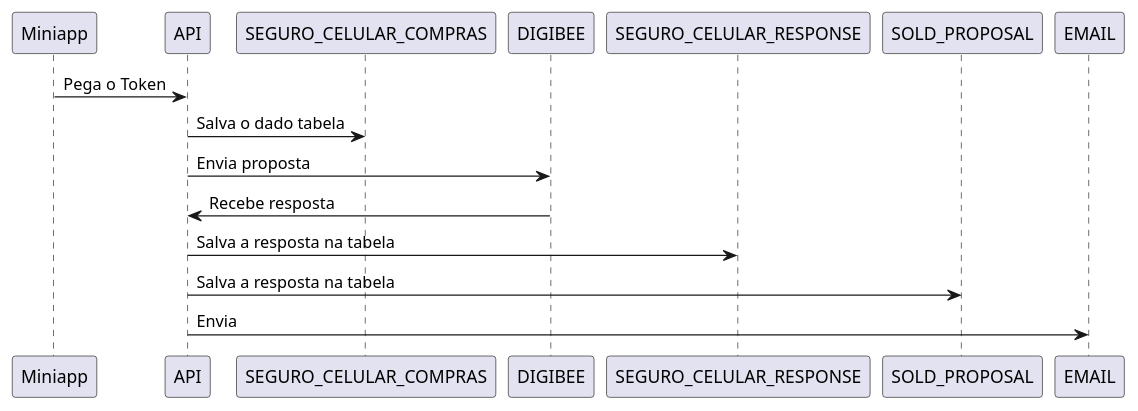
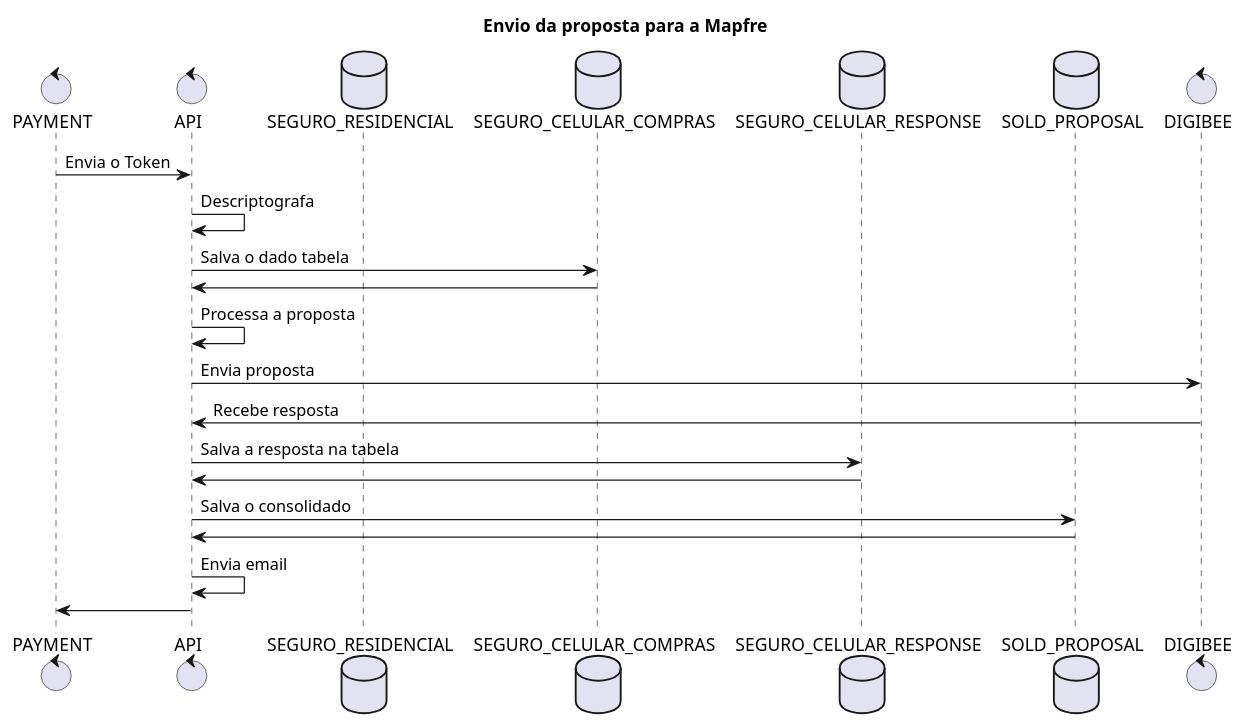
Before and after one commit to ReynaldoAnalista/miniapp-ame-seguro-residencial-api: the diagram in diagrams/seguro_smartphone/envio_proposta.puml, drawn with PlantUML. The commit also changed 1 other file, not shown here.

Commit message:
Mudança nos diagramas

```diff
--- a/diagrams/seguro_smartphone/envio_proposta.puml
+++ b/diagrams/seguro_smartphone/envio_proposta.puml
@@ -1,9 +1,26 @@
 @startuml
-Miniapp -> API: Pega o Token
+
+title "Envio da proposta para a Mapfre"
+
+control PAYMENT
+control API
+database SEGURO_RESIDENCIAL
+database SEGURO_CELULAR_COMPRAS
+database SEGURO_CELULAR_RESPONSE
+database SOLD_PROPOSAL
+control DIGIBEE
+
+PAYMENT -> API: Envia o Token
+API -> API: Descriptografa 
 API -> SEGURO_CELULAR_COMPRAS: Salva o dado tabela
+SEGURO_CELULAR_COMPRAS -> API
+API -> API: Processa a proposta
 API -> DIGIBEE: Envia proposta
 DIGIBEE -> API: Recebe resposta
 API -> SEGURO_CELULAR_RESPONSE : Salva a resposta na tabela
-API -> SOLD_PROPOSAL: Salva a resposta na tabela
-API -> EMAIL: Envia 
+SEGURO_CELULAR_RESPONSE -> API
+API -> SOLD_PROPOSAL: Salva o consolidado
+SOLD_PROPOSAL -> API
+API -> API: Envia email
+API -> PAYMENT
 @enduml
```
